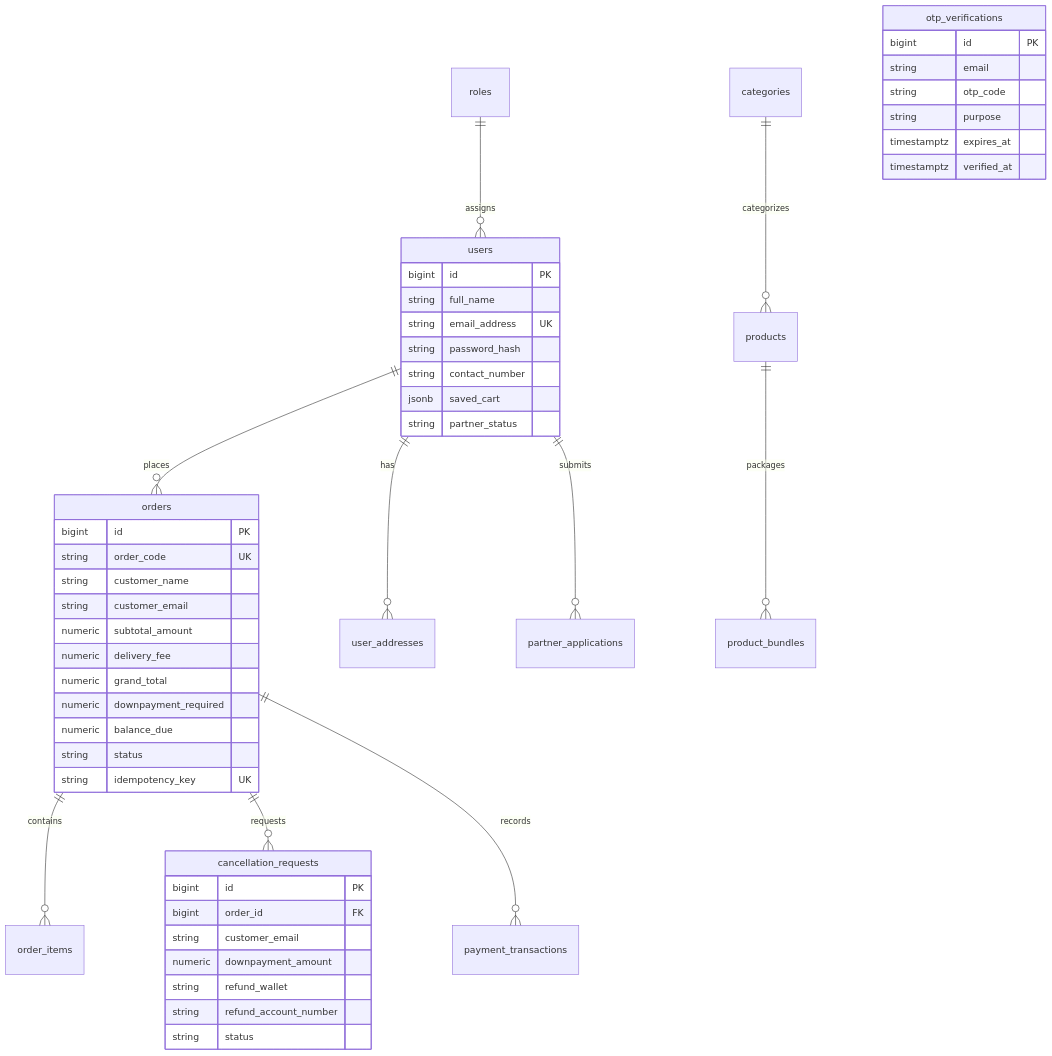
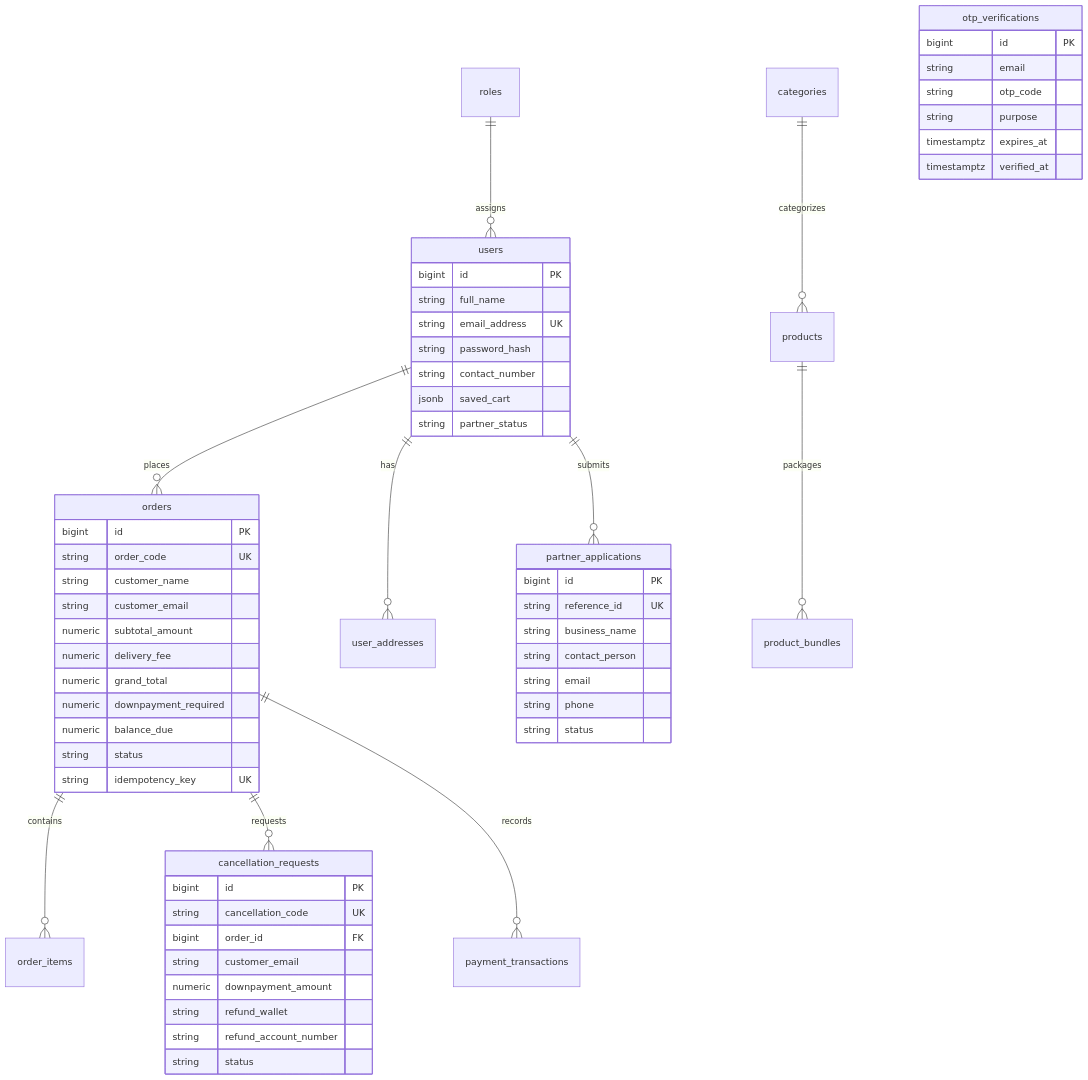
One commit to NewbieDeveloper-Gerald/WeBake-CRBSystem changed the diagram in README.md. Above: the diagram before and after it, drawn with Mermaid. The commit also changed other lines of this file and 3 other files, not shown here.

````diff
--- a/README.md
+++ b/README.md
@@ -204,55 +238,66 @@
 ```mermaid
 erDiagram
     users ||--o{ orders : places
     users ||--o{ user_addresses : has
     users ||--o{ partner_applications : submits
     roles ||--o{ users : assigns
     categories ||--o{ products : categorizes
     products ||--o{ product_bundles : packages
     orders ||--o{ order_items : contains
     orders ||--o{ cancellation_requests : requests
     orders ||--o{ payment_transactions : records
 
     users {
         bigint id PK
         string full_name
         string email_address UK
         string password_hash
         string contact_number
         jsonb saved_cart
         string partner_status
     }
 
     orders {
         bigint id PK
         string order_code UK
         string customer_name
         string customer_email
         numeric subtotal_amount
         numeric delivery_fee
         numeric grand_total
         numeric downpayment_required
         numeric balance_due
         string status
         string idempotency_key UK
     }
 
     cancellation_requests {
         bigint id PK
+        string cancellation_code UK
         bigint order_id FK
         string customer_email
         numeric downpayment_amount
         string refund_wallet
         string refund_account_number
+        string status
+    }
+
+    partner_applications {
+        bigint id PK
+        string reference_id UK
+        string business_name
+        string contact_person
+        string email
+        string phone
         string status
     }
 
     otp_verifications {
         bigint id PK
         string email
         string otp_code
         string purpose
         timestamptz expires_at
         timestamptz verified_at
     }
 ```
````
